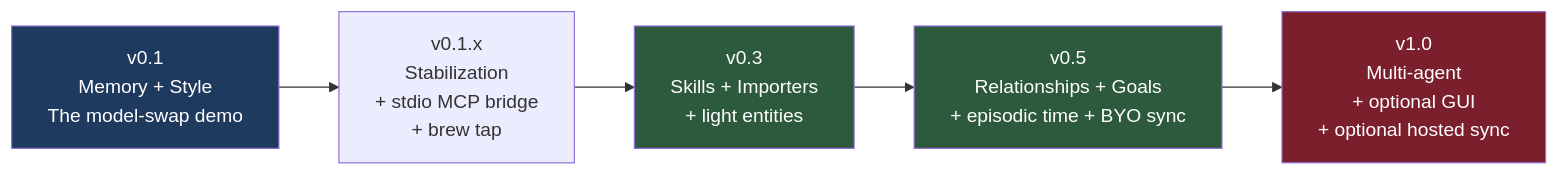
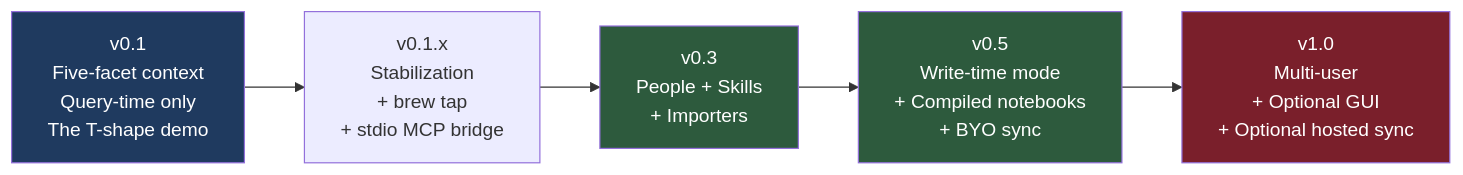
The first of 2 diagrams in docs/release-spec.md (Mathews-Tom/Tessera), drawn with Mermaid before and after one commit. The commit also changed other lines of this file and 24 other files, not shown here.

````diff
--- a/docs/release-spec.md
+++ b/docs/release-spec.md
@@ -22,15 +20,15 @@
 ```mermaid
 graph LR
-  V01[v0.1<br/>Memory + Style<br/>The model-swap demo]
-  V02[v0.1.x<br/>Stabilization<br/>+ stdio MCP bridge<br/>+ brew tap]
-  V03[v0.3<br/>Skills + Importers<br/>+ light entities]
-  V05[v0.5<br/>Relationships + Goals<br/>+ episodic time + BYO sync]
-  V10[v1.0<br/>Multi-agent<br/>+ optional GUI<br/>+ optional hosted sync]
+  V01[v0.1<br/>Five-facet context<br/>Query-time only<br/>The T-shape demo]
+  V01x[v0.1.x<br/>Stabilization<br/>+ brew tap<br/>+ stdio MCP bridge]
+  V03[v0.3<br/>People + Skills<br/>+ Importers]
+  V05[v0.5<br/>Write-time mode<br/>+ Compiled notebooks<br/>+ BYO sync]
+  V10[v1.0<br/>Multi-user<br/>+ Optional GUI<br/>+ Optional hosted sync]
 
-  V01 --> V02 --> V03 --> V05 --> V10
+  V01 --> V01x --> V03 --> V05 --> V10
 
   style V01 fill:#1f3a5f,color:#fff
   style V03 fill:#2d5a3d,color:#fff
   style V05 fill:#2d5a3d,color:#fff
   style V10 fill:#7a1f2b,color:#fff
 ```
````
